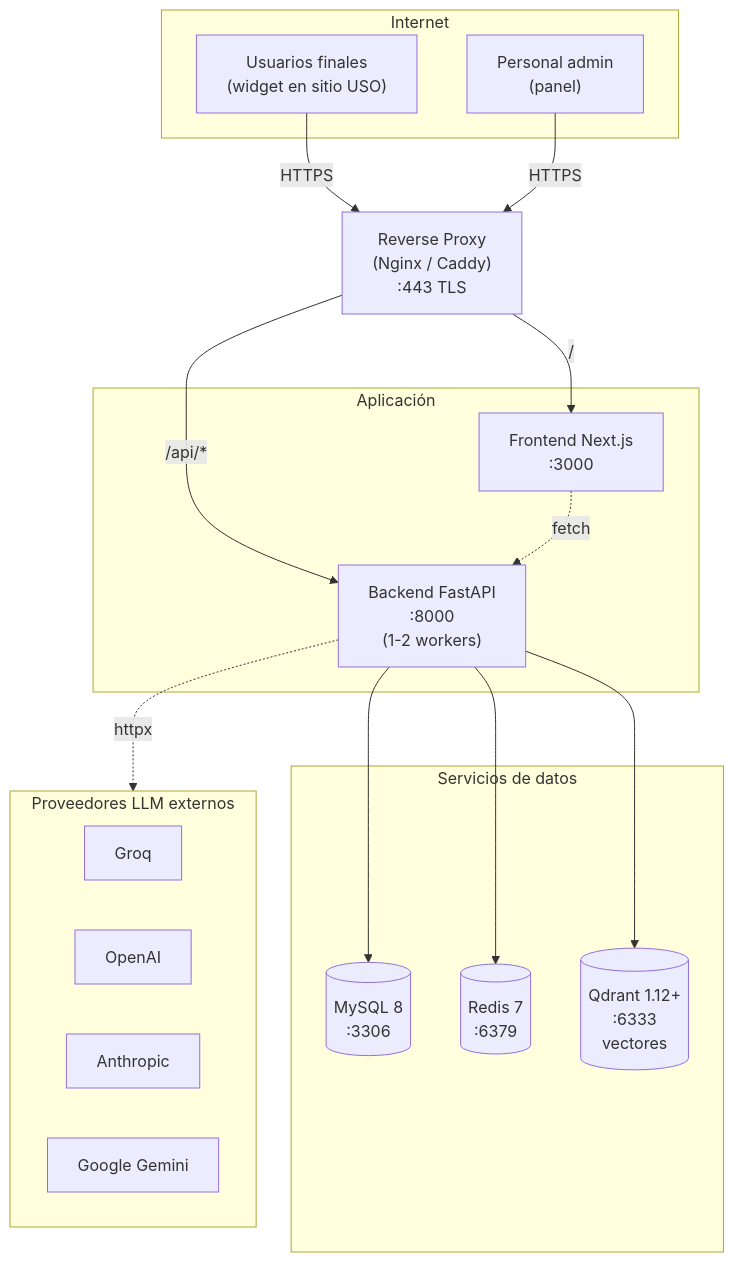
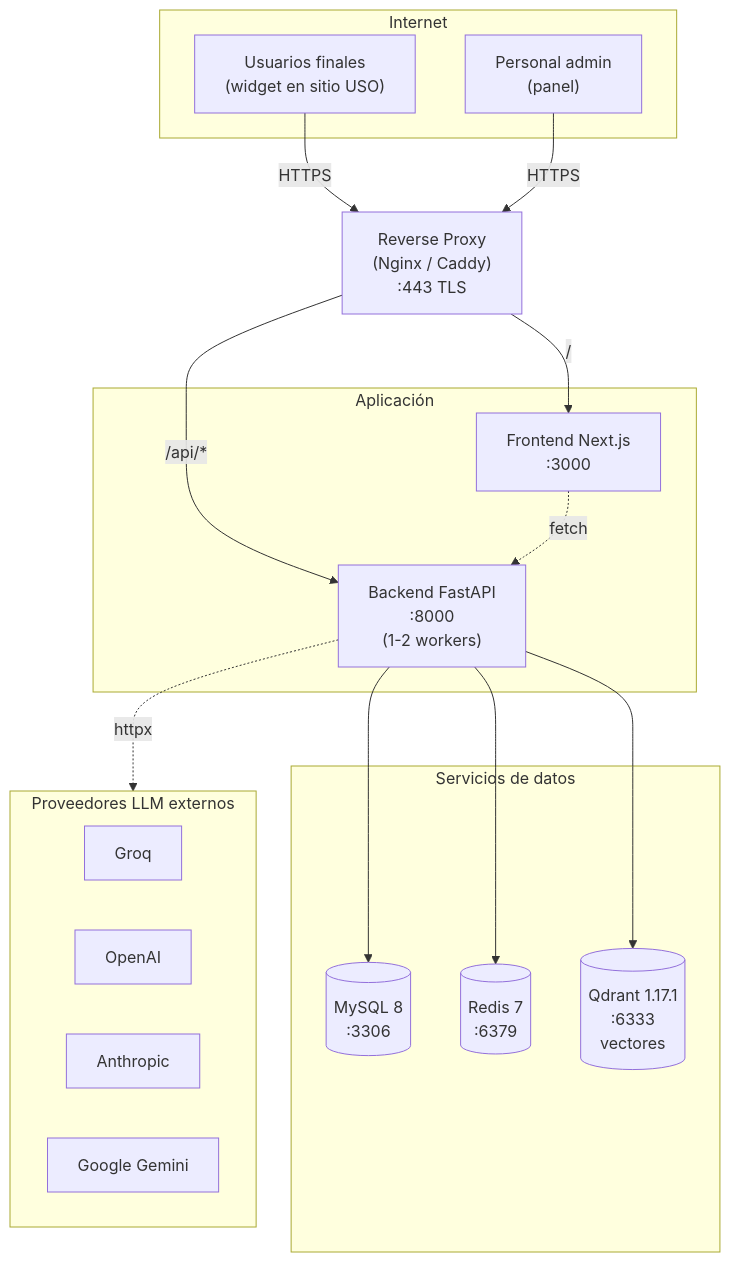
One commit to AdoDeveloper/chatbot-uso changed the first of 6 diagrams in docs/ARCHITECTURE.md. Above: the diagram before and after it, drawn with Mermaid. The commit also changed other lines of this file and 4 other files, not shown here.

````diff
--- a/docs/ARCHITECTURE.md
+++ b/docs/ARCHITECTURE.md
@@ -9,37 +9,37 @@
 ```mermaid
 flowchart TB
     subgraph internet["Internet"]
         users["Usuarios finales<br/>(widget en sitio USO)"]
         admin["Personal admin<br/>(panel)"]
     end
 
     proxy["Reverse Proxy<br/>(Nginx / Caddy)<br/>:443 TLS"]
 
     subgraph app["Aplicación"]
         front["Frontend Next.js<br/>:3000"]
         back["Backend FastAPI<br/>:8000<br/>(1-2 workers)"]
     end
 
     subgraph data["Servicios de datos"]
         mysql[("MySQL 8<br/>:3306")]
         redis[("Redis 7<br/>:6379")]
-        qdrant[("Qdrant 1.12+<br/>:6333<br/>vectores")]
+        qdrant[("Qdrant 1.17.1<br/>:6333<br/>vectores")]
     end
 
     subgraph llm["Proveedores LLM externos"]
         groq["Groq"]
         openai["OpenAI"]
         anthropic["Anthropic"]
         gemini["Google Gemini"]
     end
 
     users -->|HTTPS| proxy
     admin -->|HTTPS| proxy
     proxy -->|/api/*| back
     proxy -->|/| front
     front -.->|fetch| back
     back --> mysql
     back --> redis
     back --> qdrant
     back -.->|httpx| llm
 ```
````
